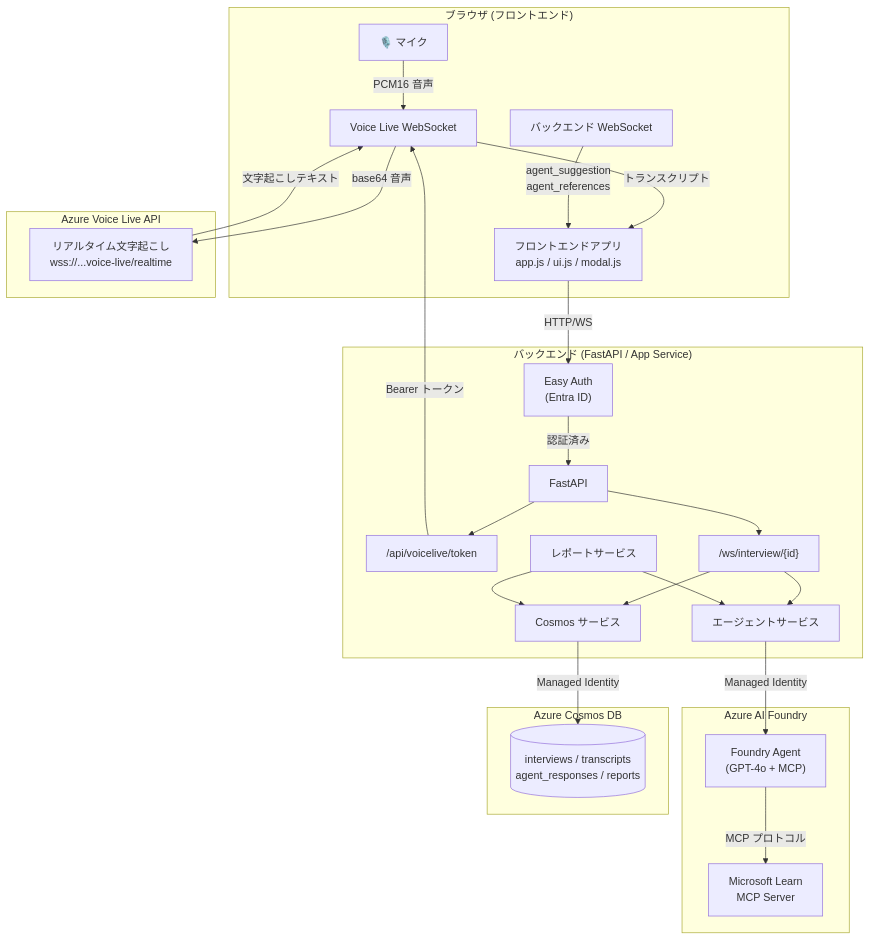
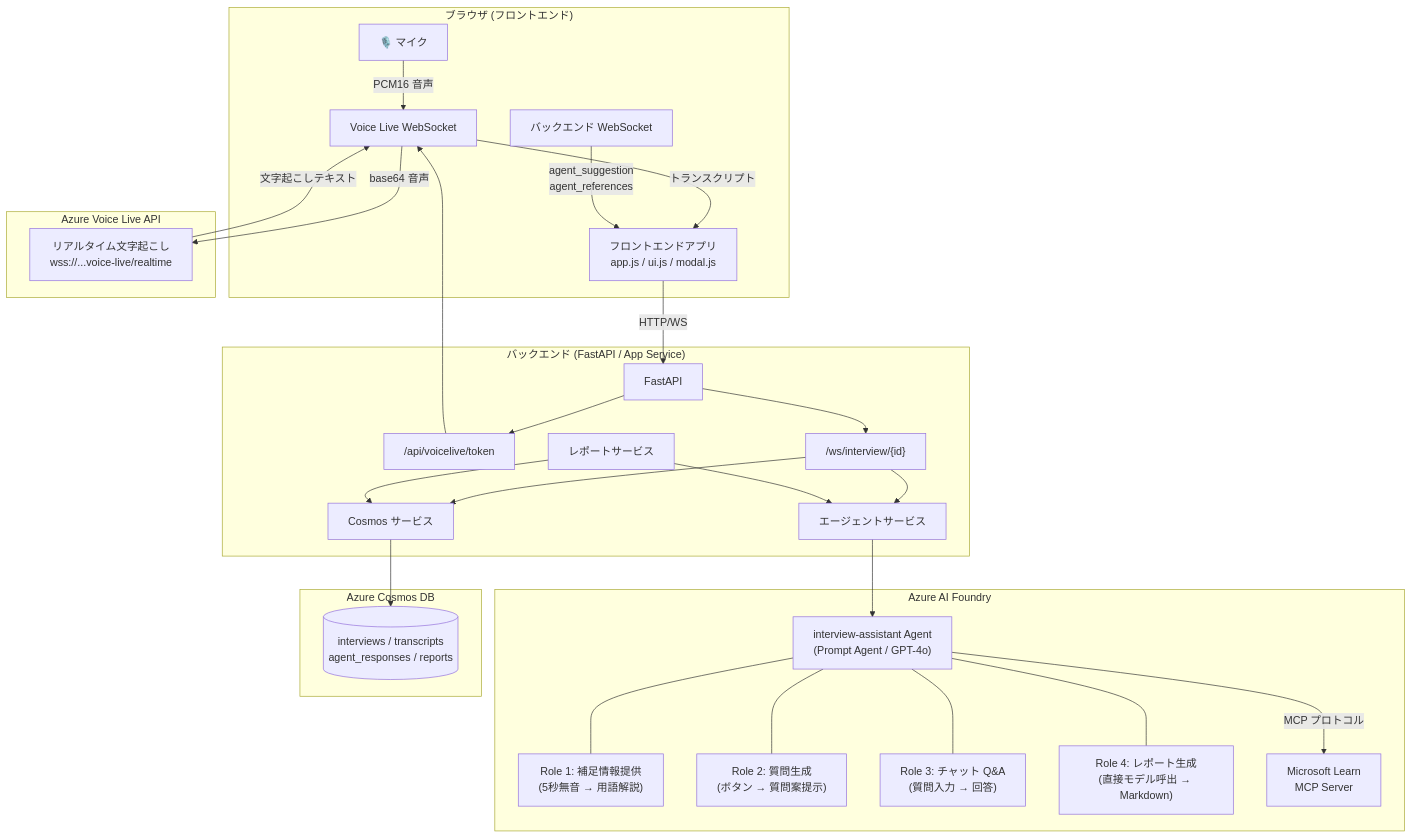
Before and after one commit to hatasaki/Interview-Assistant-AI: the second of 2 diagrams in README.md, drawn with Mermaid. The commit also changed other lines of this file, not shown here.

Commit message:
Refactor architecture diagram in README.md

````diff
--- a/README.md
+++ b/README.md
@@ -239,54 +245,60 @@
 ```mermaid
 graph TB
     subgraph Browser["ブラウザ (フロントエンド)"]
         MIC["🎙️ マイク"]
         VL_WS["Voice Live WebSocket"]
         FE["フロントエンドアプリ<br/>app.js / ui.js / modal.js"]
         BE_WS["バックエンド WebSocket"]
     end
 
     subgraph VoiceLive["Azure Voice Live API"]
         VL_API["リアルタイム文字起こし<br/>wss://...voice-live/realtime"]
     end
 
     subgraph Backend["バックエンド (FastAPI / App Service)"]
-        AUTH["Easy Auth<br/>(Entra ID)"]
         APP["FastAPI"]
         R_VL["/api/voicelive/token"]
         R_WS["/ws/interview/{id}"]
         AGT_SVC["エージェントサービス"]
         COS_SVC["Cosmos サービス"]
         RPT_SVC["レポートサービス"]
     end
 
     subgraph AI["Azure AI Foundry"]
-        AGENT["Foundry Agent<br/>(GPT-4o + MCP)"]
+        AGENT["interview-assistant Agent<br/>(Prompt Agent / GPT-4o)"]
+        ROLE1["Role 1: 補足情報提供<br/>(5秒無音 → 用語解説)"]
+        ROLE2["Role 2: 質問生成<br/>(ボタン → 質問案提示)"]
+        ROLE3["Role 3: チャット Q&A<br/>(質問入力 → 回答)"]
+        ROLE4["Role 4: レポート生成<br/>(直接モデル呼出 → Markdown)"]
         MCP["Microsoft Learn<br/>MCP Server"]
+        AGENT --- ROLE1
+        AGENT --- ROLE2
+        AGENT --- ROLE3
+        AGENT --- ROLE4
+        AGENT -->|"MCP プロトコル"| MCP
     end
 
     subgraph DB["Azure Cosmos DB"]
         COSMOS[("interviews / transcripts<br/>agent_responses / reports")]
     end
 
     MIC -->|"PCM16 音声"| VL_WS
     VL_WS -->|"base64 音声"| VL_API
     VL_API -->|"文字起こしテキスト"| VL_WS
     VL_WS -->|"トランスクリプト"| FE
 
-    FE -->|"HTTP/WS"| AUTH
-    AUTH -->|"認証済み"| APP
+    FE -->|"HTTP/WS"| APP
     APP --> R_VL
     APP --> R_WS
-    R_VL -->|"Bearer トークン"| VL_WS
+    R_VL --> VL_WS
 
     R_WS --> AGT_SVC
     R_WS --> COS_SVC
     RPT_SVC --> AGT_SVC
     RPT_SVC --> COS_SVC
 
-    AGT_SVC -->|"Managed Identity"| AGENT
-    AGENT -->|"MCP プロトコル"| MCP
-    COS_SVC -->|"Managed Identity"| COSMOS
+    AGT_SVC --> AGENT
+    COS_SVC --> COSMOS
 
     BE_WS -->|"agent_suggestion<br/>agent_references"| FE
 ```
````
